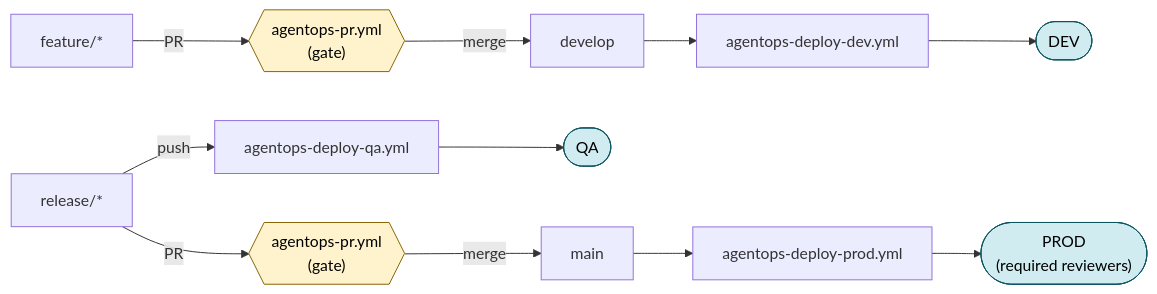
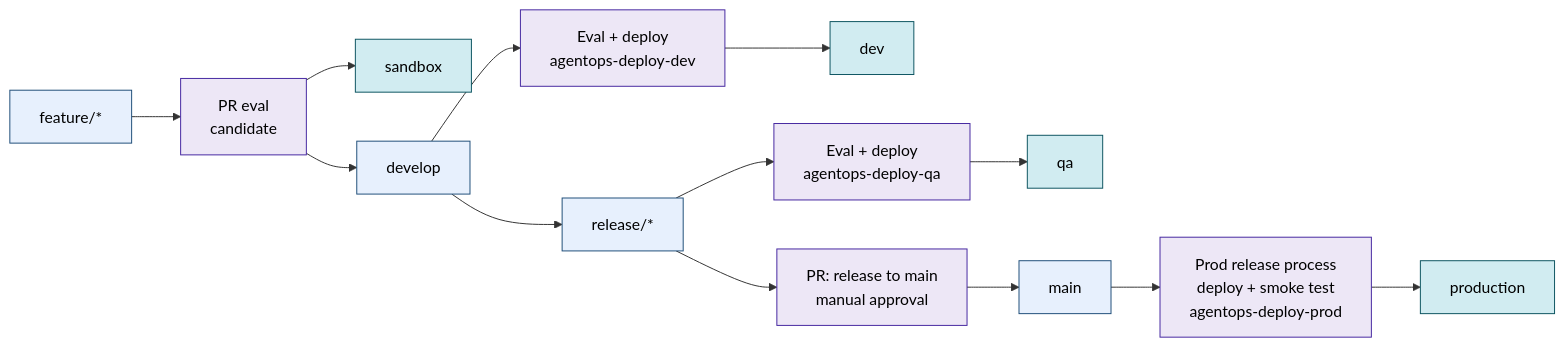
The diagram in docs/ci-github-actions.md (Azure/agentops), drawn with Mermaid before and after one commit. The commit also changed other lines of this file and 33 other files, not shown here.

````diff
--- a/docs/ci-github-actions.md
+++ b/docs/ci-github-actions.md
@@ -29,20 +33,24 @@
 ```mermaid
 flowchart LR
-    feat["feature/*"] -->|PR| prGate1{{"agentops-pr.yml<br/>(gate)"}}
-    prGate1 -->|merge| dev["develop"]
-    dev --> deployDev["agentops-deploy-dev.yml"]
-    deployDev --> DEV(["DEV"])
+    feature["feature/*"] --> prDev["PR eval<br/>candidate"]
+    prDev --> sandbox["sandbox"]
+    prDev --> develop["develop"]
+    develop --> devDeploy["Eval + deploy<br/>agentops-deploy-dev"]
+    devDeploy --> devEnv["dev"]
 
-    rel["release/*"] -->|push| deployQa["agentops-deploy-qa.yml"]
-    deployQa --> QA(["QA"])
+    develop --> release["release/*"]
+    release --> qaDeploy["Eval + deploy<br/>agentops-deploy-qa"]
+    qaDeploy --> qaEnv["qa"]
 
-    rel -->|PR| prGate2{{"agentops-pr.yml<br/>(gate)"}}
-    prGate2 -->|merge| main["main"]
-    main --> deployProd["agentops-deploy-prod.yml"]
-    deployProd --> PROD(["PROD<br/>(required reviewers)"])
+    release --> prProd["PR: release to main<br/>manual approval"]
+    prProd --> main["main"]
+    main --> prodDeploy["Prod release process<br/>deploy + smoke test<br/>agentops-deploy-prod"]
+    prodDeploy --> prodEnv["production"]
 
-    classDef gate fill:#fff3cd,stroke:#856404,color:#000;
+    classDef branch fill:#e7f0fd,stroke:#1f4e79,color:#000;
+    classDef pipeline fill:#ede7f6,stroke:#4527a0,color:#000;
     classDef env fill:#d1ecf1,stroke:#0c5460,color:#000;
-    class prGate1,prGate2 gate;
-    class DEV,QA,PROD env;
+    class feature,develop,release,main branch;
+    class prDev,devDeploy,qaDeploy,prProd,prodDeploy pipeline;
+    class sandbox,devEnv,qaEnv,prodEnv env;
 ```
````
